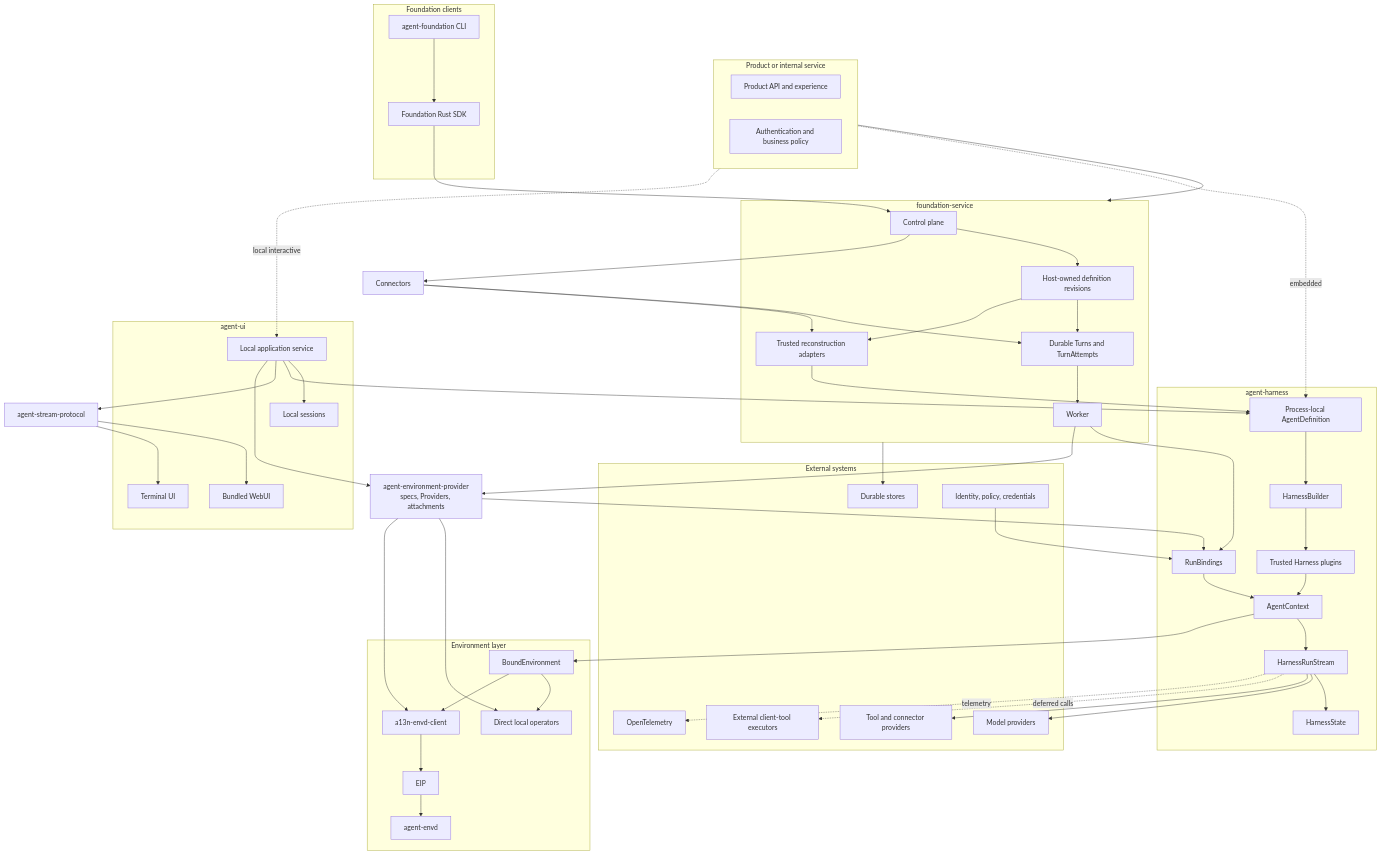
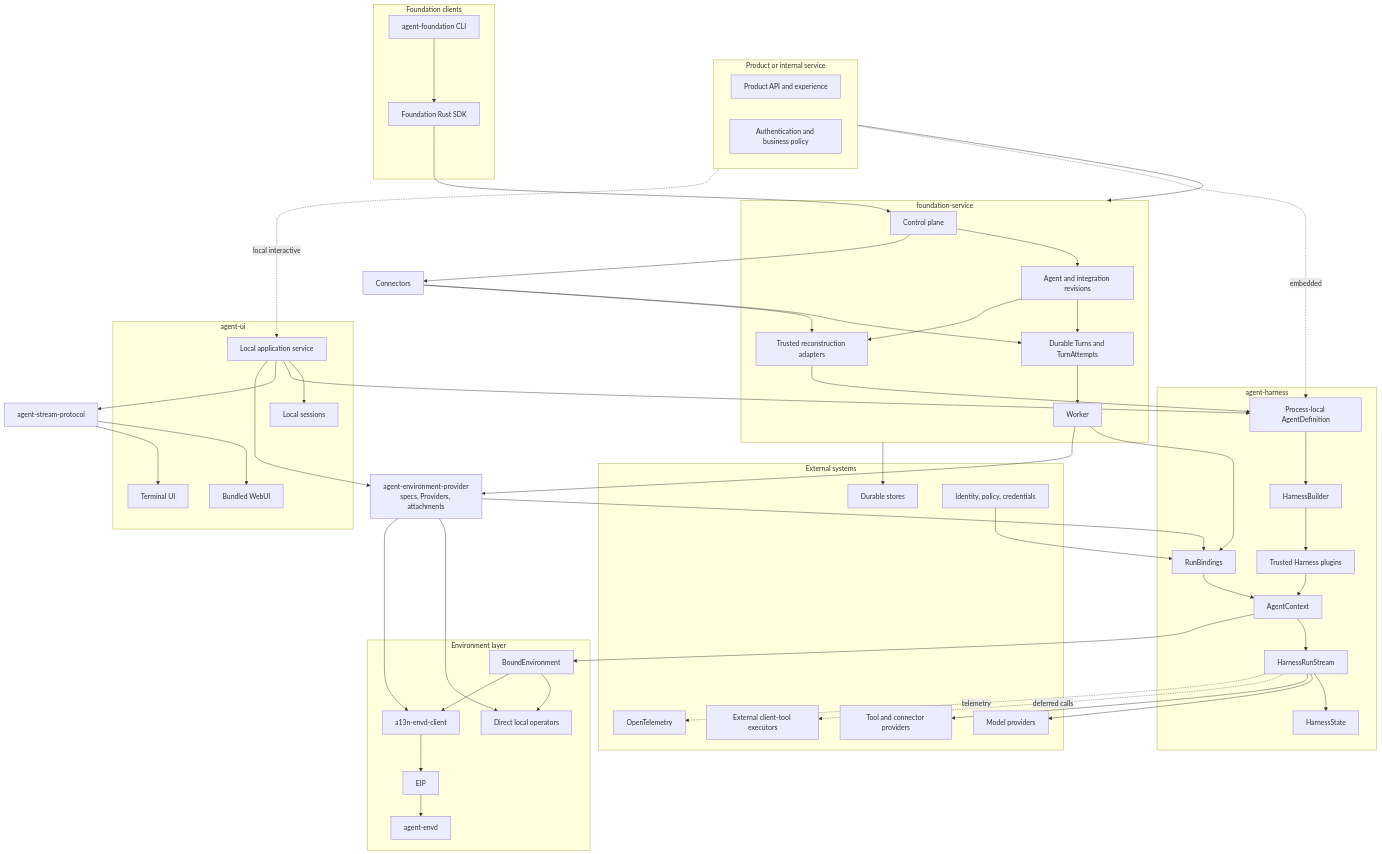
The first of 4 diagrams in spec/README.md (LTThreeComma/agent-foundation), drawn with Mermaid before and after one commit. The commit also changed other lines of this file and 14 other files, not shown here.

````diff
--- a/spec/README.md
+++ b/spec/README.md
@@ -23,82 +23,82 @@
 ```mermaid
 flowchart TB
     subgraph Product[Product or internal service]
         API[Product API and experience]
         Policy[Authentication and business policy]
     end
 
     subgraph Service[foundation-service]
         Control[Control plane]
-        Definitions[Host-owned definition revisions]
+        Definitions[Agent and integration revisions]
         Lifecycle[Durable Turns and TurnAttempts]
         Worker[Worker]
         Reconstruct[Trusted reconstruction adapters]
     end
 
     subgraph LocalUI[agent-ui]
         AppService[Local application service]
         Sessions[Local sessions]
         WebUI[Bundled WebUI]
         TUI[Terminal UI]
     end
 
     subgraph FoundationClients[Foundation clients]
         FoundationCLI[agent-foundation CLI]
         RustSDK[Foundation Rust SDK]
     end
 
     subgraph Harness[agent-harness]
         Definition[Process-local AgentDefinition]
         Builder[HarnessBuilder]
         Plugins[Trusted Harness plugins]
         Bindings[RunBindings]
         Context[AgentContext]
         Run[HarnessRunStream]
         State[HarnessState]
     end
 
     StreamProtocol[agent-stream-protocol]
     ProviderPackage[agent-environment-provider<br/>specs, Providers, attachments]
 
     subgraph Environment[Environment layer]
         Bound[BoundEnvironment]
         Local[Direct local operators]
         EIPClient[a13n-envd-client]
         EIP[EIP]
         Envd[agent-envd]
     end
 
     subgraph External[External systems]
         Models[Model providers]
         Tools[Tool and connector providers]
         Stores[Durable stores]
         Identity[Identity, policy, credentials]
         Clients[External client-tool executors]
         OTel[OpenTelemetry]
     end
 
     Product --> Service
     FoundationCLI --> RustSDK --> Control
     Product -. embedded .-> Definition
     Product -. local interactive .-> AppService
     AppService --> Sessions
     AppService --> Definition
     AppService --> StreamProtocol --> WebUI & TUI
     Control --> Definitions & Connectors
     Definitions & Connectors --> Lifecycle --> Worker
     Definitions & Connectors --> Reconstruct --> Definition
     Definition --> Builder --> Plugins
     Worker --> Bindings
     Identity --> Bindings
     Plugins & Bindings --> Context --> Run --> State
     Run --> Models & Tools
     Run -. deferred calls .-> Clients
     Worker & AppService --> ProviderPackage
     ProviderPackage --> Local & EIPClient
     ProviderPackage --> Bindings
     Context --> Bound
     Bound --> Local
     Bound --> EIPClient --> EIP --> Envd
     Service --> Stores
     Run -. telemetry .-> OTel
 ```
````
